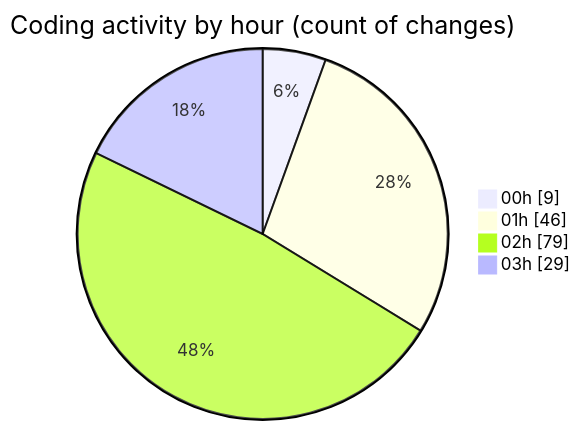
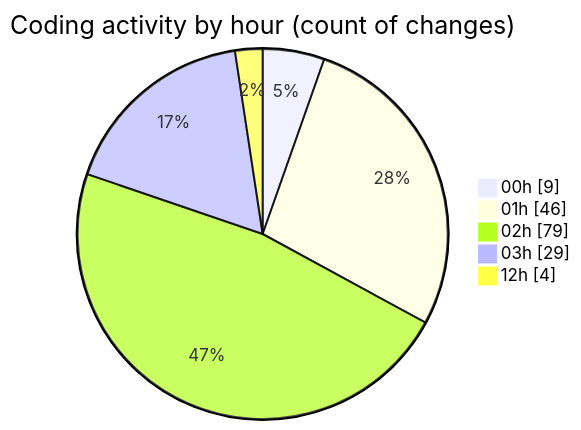
One commit to julien-gomy/code-tracking changed the second of 2 diagrams in 2025-11-18/eventscop-frontend-guide__workspace_/README.md. Above: the diagram before and after it, drawn with Mermaid. The commit also changed other lines of this file and 1 other file, not shown here.

````diff
--- a/2025-11-18/eventscop-frontend-guide__workspace_/README.md
+++ b/2025-11-18/eventscop-frontend-guide__workspace_/README.md
@@ -67,8 +70,9 @@
 ```mermaid
 pie showData
 title Coding activity by hour (count of changes)
 "00h" : 9
 "01h" : 46
 "02h" : 79
 "03h" : 29
+"12h" : 4
 ```
````
